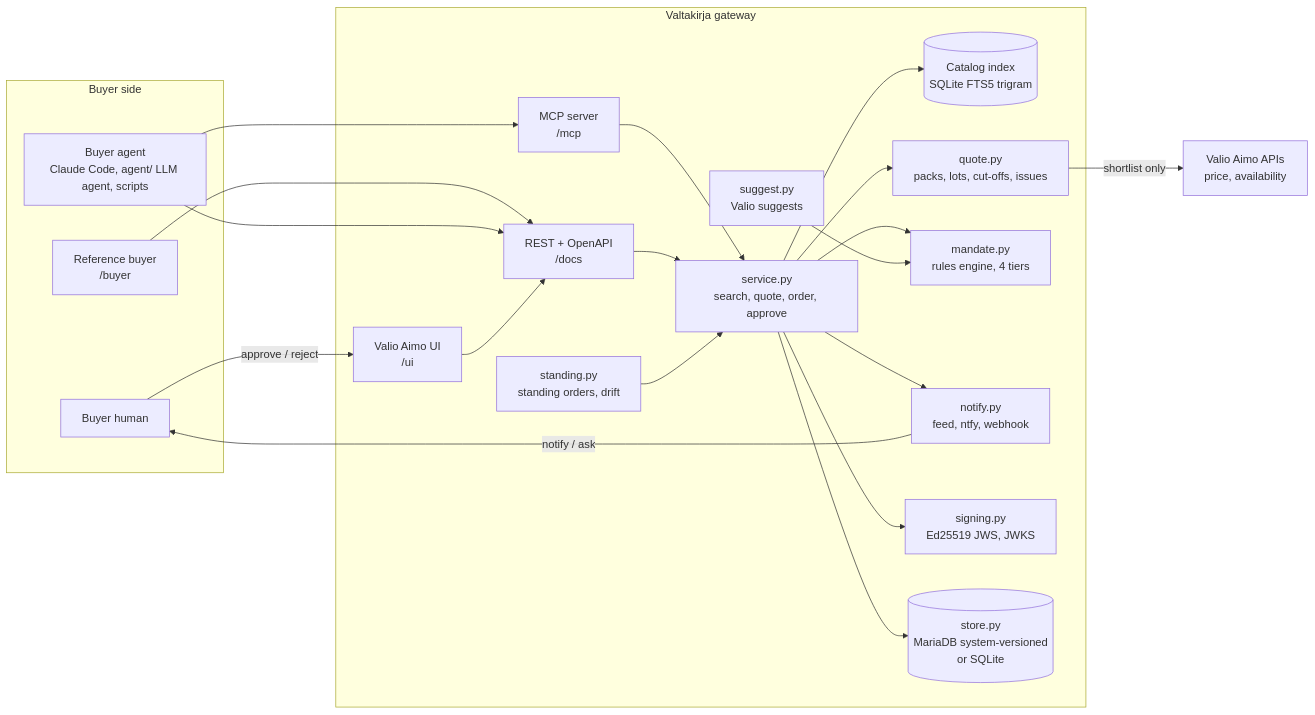
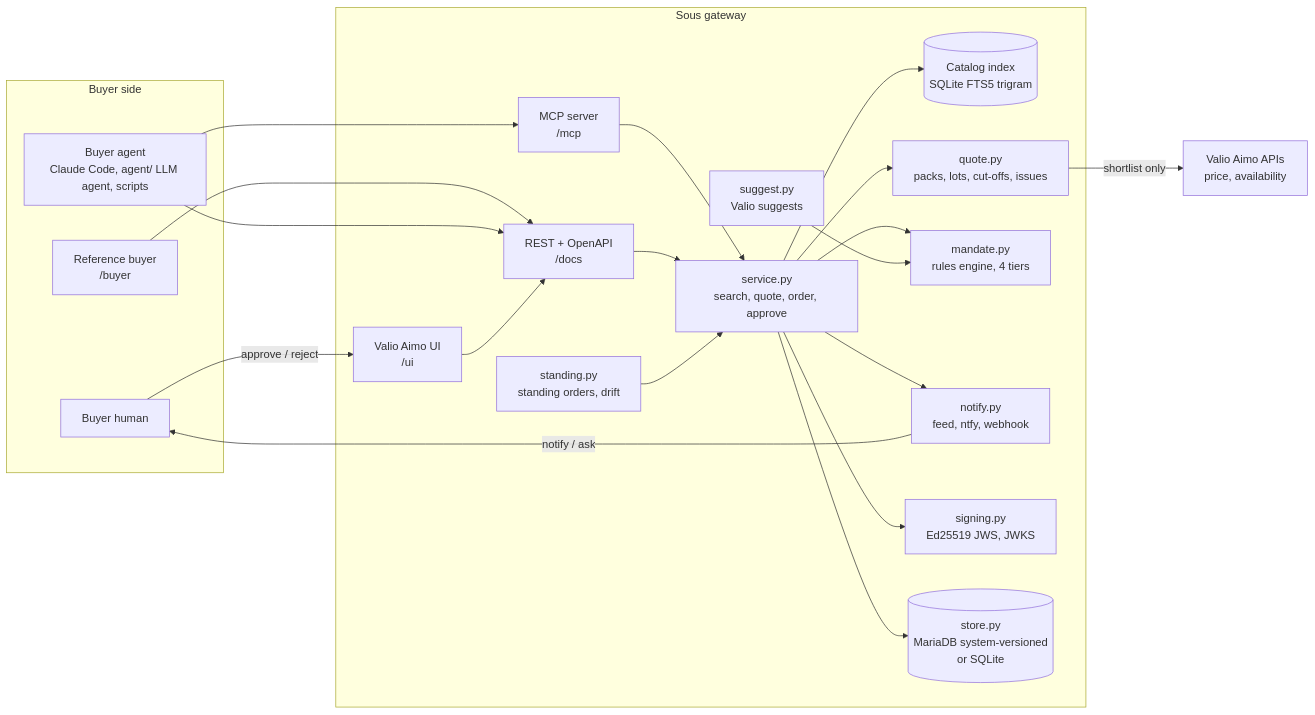
One commit to Zawaer/sous-gateway changed the diagram in README.md. Above: the diagram before and after it, drawn with Mermaid. The commit also changed other lines of this file and 19 other files, not shown here.

````diff
--- a/README.md
+++ b/README.md
@@ -134,36 +134,36 @@
 ```mermaid
 flowchart LR
     subgraph Buyer side
         H[Buyer human]
         A[Buyer agent<br/>Claude Code, agent/ LLM agent, scripts]
         B[Reference buyer<br/>/buyer]
     end
-    subgraph Valtakirja gateway
+    subgraph Sous gateway
         MCP[MCP server<br/>/mcp]
         REST[REST + OpenAPI<br/>/docs]
         SVC[service.py<br/>search, quote, order, approve]
         CAT[(Catalog index<br/>SQLite FTS5 trigram)]
         Q[quote.py<br/>packs, lots, cut-offs, issues]
         M[mandate.py<br/>rules engine, 4 tiers]
         SO[standing.py<br/>standing orders, drift]
         SG[suggest.py<br/>Valio suggests]
         N[notify.py<br/>feed, ntfy, webhook]
         SIG[signing.py<br/>Ed25519 JWS, JWKS]
         ST[(store.py<br/>MariaDB system-versioned<br/>or SQLite)]
         UI[Valio Aimo UI<br/>/ui]
     end
     V[Valio Aimo APIs<br/>price, availability]
 
     A --> MCP --> SVC
     B --> REST
     A --> REST --> SVC
     H -- approve / reject --> UI --> REST
     SVC --> CAT
     SVC --> Q -- shortlist only --> V
     SVC --> M
     SO --> SVC
     SG --> M
     SVC --> N -- notify / ask --> H
     SVC --> SIG
     SVC --> ST
 ```
````
